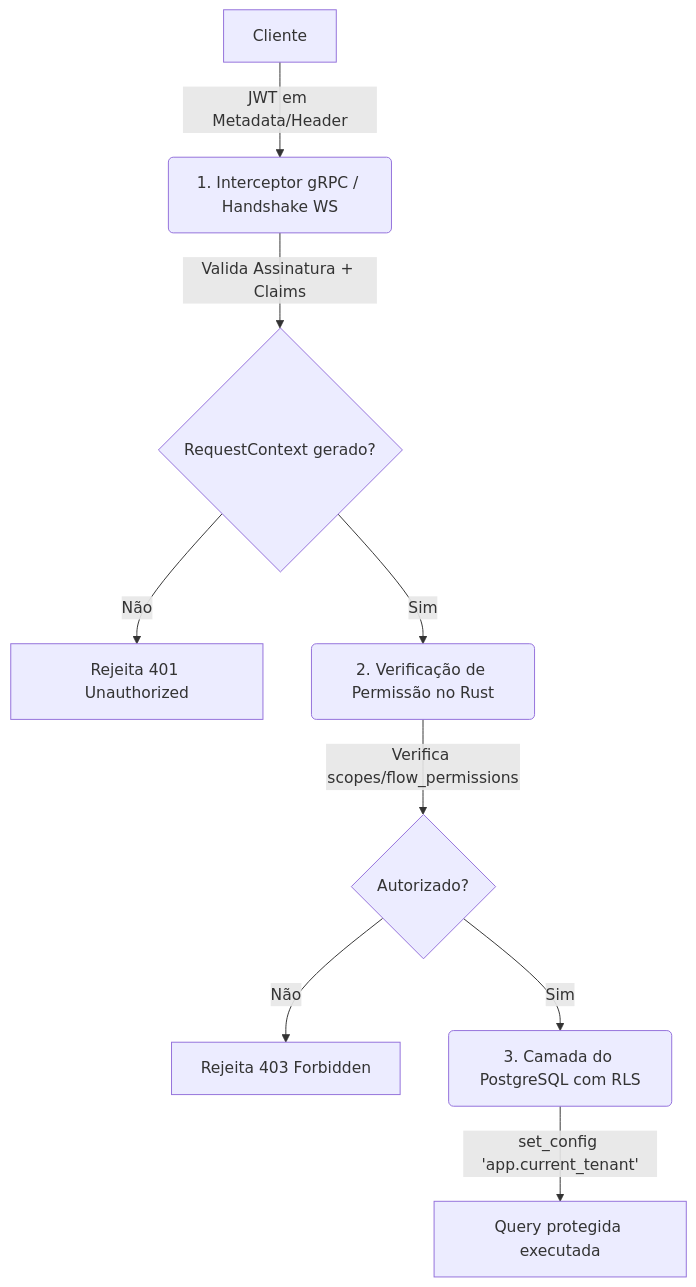
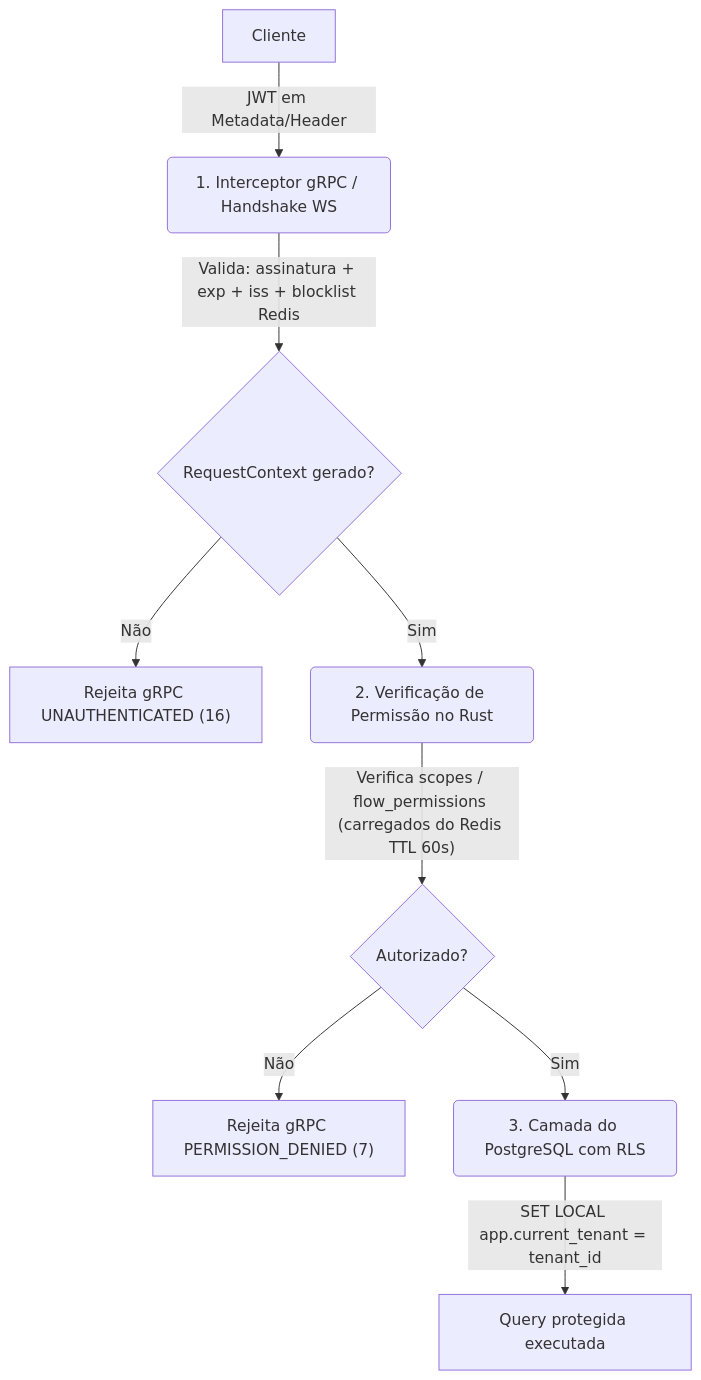
The diagram in smart-agent-config/doc_dev/planejamento/03-comunicacao-e-autenticacao.md (pwlimaverde/smart-core-assistant-v2), drawn with Mermaid before and after one commit. The commit also changed other lines of this file, not shown here.

````diff
--- a/smart-agent-config/doc_dev/planejamento/03-comunicacao-e-autenticacao.md
+++ b/smart-agent-config/doc_dev/planejamento/03-comunicacao-e-autenticacao.md
@@ -99,11 +129,11 @@
 ```mermaid
 graph TD
     A[Cliente] -->|JWT em Metadata/Header| B(1. Interceptor gRPC / Handshake WS)
-    B -->|Valida Assinatura + Claims| C{RequestContext gerado?}
-    C -->|Não| D[Rejeita 401 Unauthorized]
+    B -->|"Valida: assinatura + exp + iss + blocklist Redis"| C{RequestContext gerado?}
+    C -->|Não| D["Rejeita gRPC UNAUTHENTICATED (16)"]
     C -->|Sim| E(2. Verificação de Permissão no Rust)
-    E -->|Verifica scopes/flow_permissions| F{Autorizado?}
-    F -->|Não| G[Rejeita 403 Forbidden]
+    E -->|"Verifica scopes / flow_permissions (carregados do Redis TTL 60s)"| F{Autorizado?}
+    F -->|Não| G["Rejeita gRPC PERMISSION_DENIED (7)"]
     F -->|Sim| H(3. Camada do PostgreSQL com RLS)
-    H -->|set_config 'app.current_tenant'| I[Query protegida executada]
+    H -->|"SET LOCAL app.current_tenant = tenant_id"| I[Query protegida executada]
 ```
````
